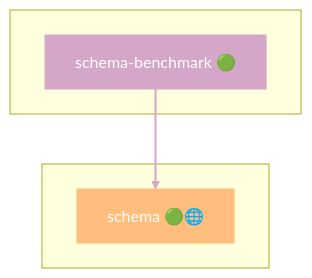
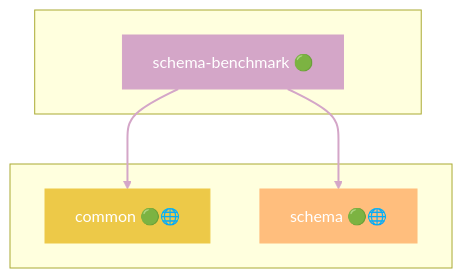
Before and after one commit to grest-ts/grest-ts: diagram 37 of 46 in docs/DEPENDENCIES.md, drawn with Mermaid. The commit also changed other lines of this file and 11 other files, not shown here.

````diff
--- a/docs/DEPENDENCIES.md
+++ b/docs/DEPENDENCIES.md
@@ -1891,13 +1923,17 @@
 ```mermaid
 flowchart TB
     subgraph Package[" "]
         schema-benchmark["schema-benchmark 🟢"]
     end
     subgraph Dependencies[" "]
+        common["common 🟢🌐"]
         schema["schema 🟢🌐"]
     end
+    schema-benchmark --> common
     schema-benchmark --> schema
     style schema-benchmark fill:#D4A6C8,stroke:#D4A6C8,color:#fff
+    style common fill:#EDC948,stroke:#EDC948,color:#fff
     style schema fill:#FFBE7D,stroke:#FFBE7D,color:#fff
     linkStyle 0 stroke:#D4A6C8,stroke-width:2px
+    linkStyle 1 stroke:#D4A6C8,stroke-width:2px
 ```
````
